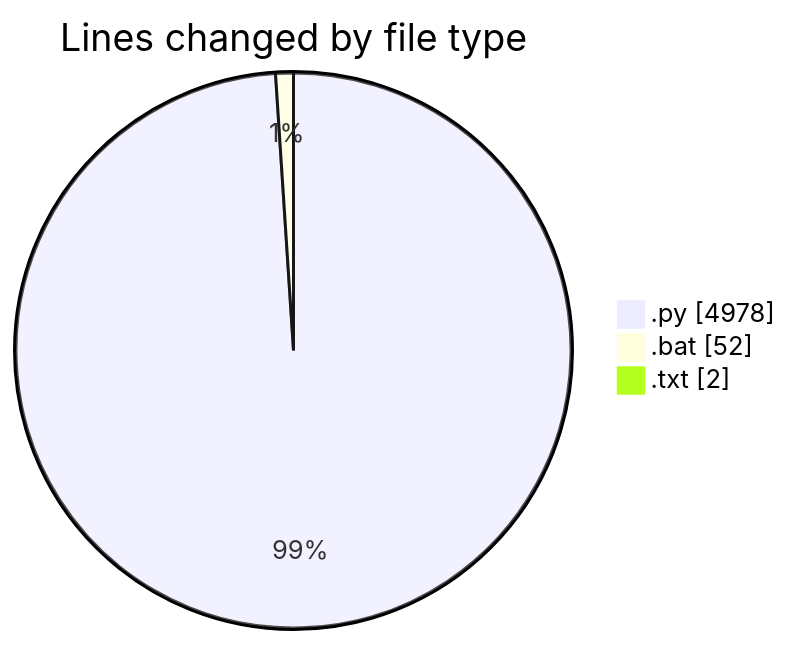
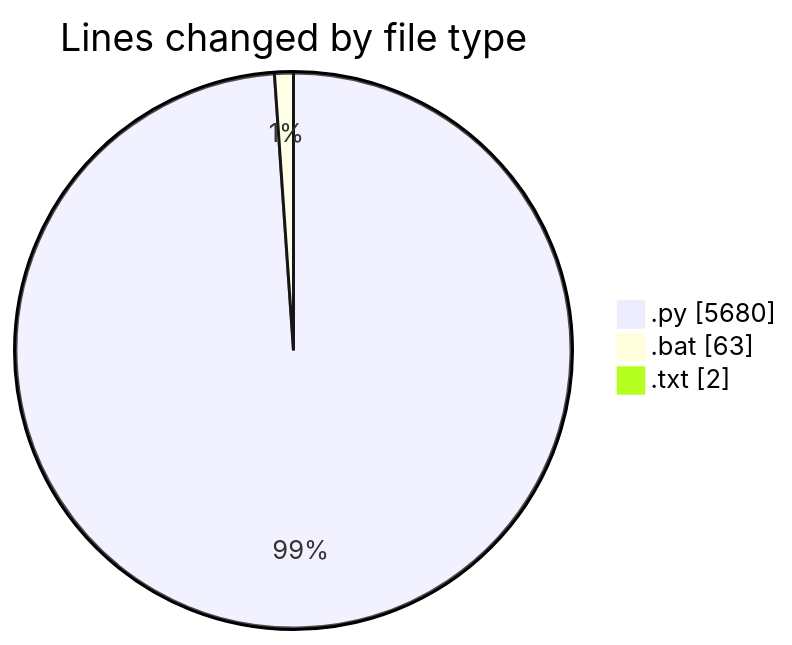
One commit to lephambinh05/code-tracking changed the first of 2 diagrams in 2025-07-21/reg/README.md. Above: the diagram before and after it, drawn with Mermaid. The commit also changed other lines of this file and 1 other file, not shown here.

````diff
--- a/2025-07-21/reg/README.md
+++ b/2025-07-21/reg/README.md
@@ -40,7 +43,7 @@
 ```mermaid
 pie showData
 title Lines changed by file type
-".py" : 4978
-".bat" : 52
+".py" : 5680
+".bat" : 63
 ".txt" : 2
 ```
````
